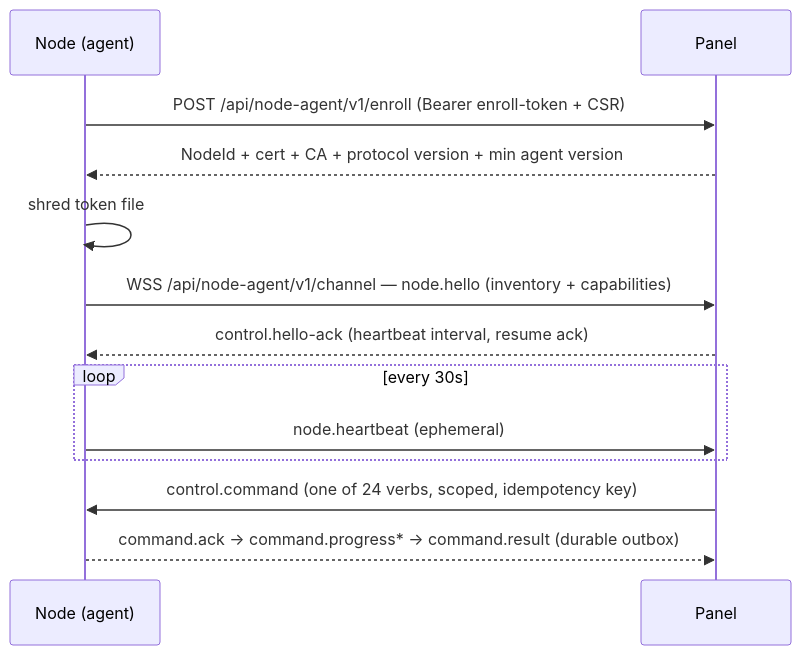
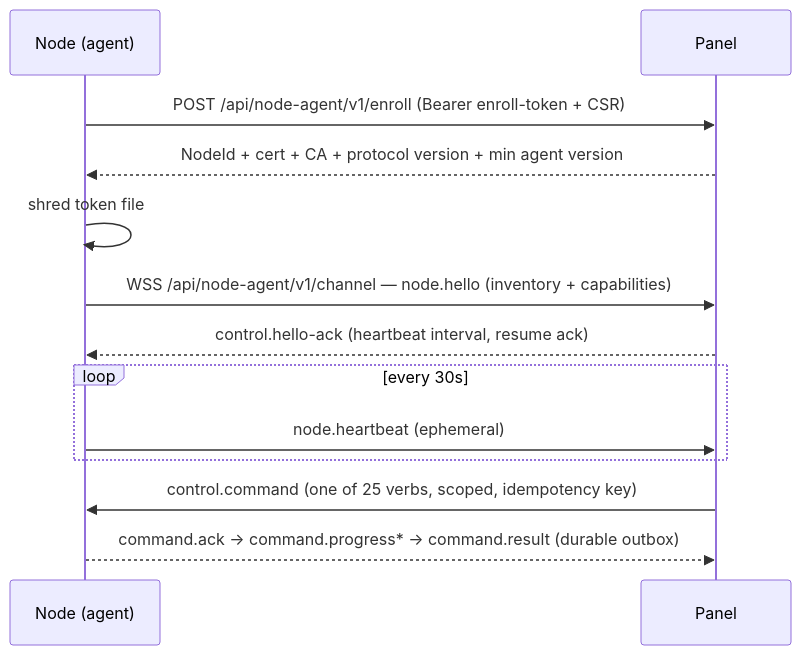
One commit to sadrazkh/Harbora changed the third of 3 diagrams in docs/product-audit/01-current-system-map.md. Above: the diagram before and after it, drawn with Mermaid. The commit also changed other lines of this file and 23 other files, not shown here.

````diff
--- a/docs/product-audit/01-current-system-map.md
+++ b/docs/product-audit/01-current-system-map.md
@@ -102,15 +102,15 @@
 ```mermaid
 sequenceDiagram
   participant N as Node (agent)
   participant CP as Panel
   N->>CP: POST /api/node-agent/v1/enroll (Bearer enroll-token + CSR)
   CP-->>N: NodeId + cert + CA + protocol version + min agent version
   N->>N: shred token file
   N->>CP: WSS /api/node-agent/v1/channel — node.hello (inventory + capabilities)
   CP-->>N: control.hello-ack (heartbeat interval, resume ack)
   loop every 30s
     N->>CP: node.heartbeat (ephemeral)
   end
-  CP->>N: control.command (one of 24 verbs, scoped, idempotency key)
+  CP->>N: control.command (one of 25 verbs, scoped, idempotency key)
   N-->>CP: command.ack → command.progress* → command.result (durable outbox)
 ```
````
